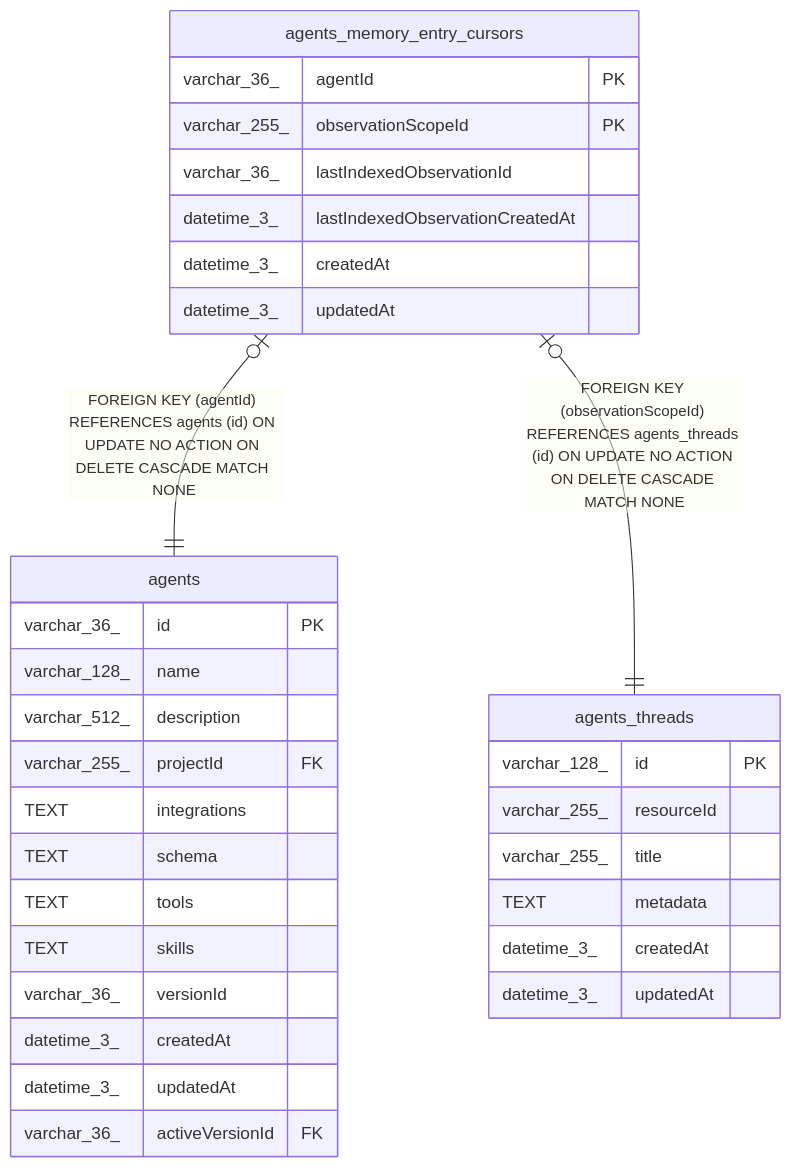
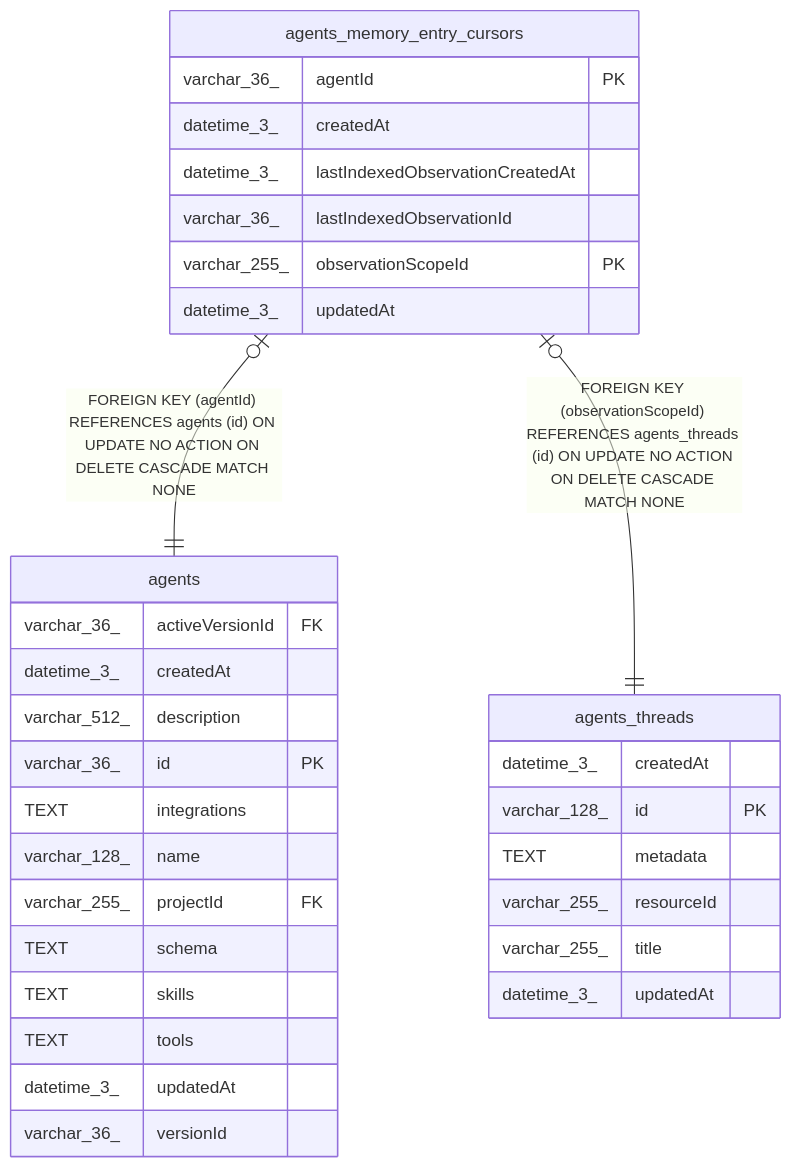
One commit to mayankjain1815-commits/n8n changed the diagram in docs/generated/sqlite-schema/agents_memory_entry_cursors.md. Above: the diagram before and after it, drawn with Mermaid. The commit also changed other lines of this file and 221 other files, not shown here.

Commit message:
chore(core): Make DB schema docs generation deterministic (#32373)

````diff
--- a/docs/generated/sqlite-schema/agents_memory_entry_cursors.md
+++ b/docs/generated/sqlite-schema/agents_memory_entry_cursors.md
@@ -44,37 +44,37 @@
 ```mermaid
 erDiagram
 
 "agents_memory_entry_cursors" |o--|| "agents" : "FOREIGN KEY (agentId) REFERENCES agents (id) ON UPDATE NO ACTION ON DELETE CASCADE MATCH NONE"
 "agents_memory_entry_cursors" |o--|| "agents_threads" : "FOREIGN KEY (observationScopeId) REFERENCES agents_threads (id) ON UPDATE NO ACTION ON DELETE CASCADE MATCH NONE"
 
 "agents_memory_entry_cursors" {
   varchar_36_ agentId PK
+  datetime_3_ createdAt
+  datetime_3_ lastIndexedObservationCreatedAt
+  varchar_36_ lastIndexedObservationId
   varchar_255_ observationScopeId PK
-  varchar_36_ lastIndexedObservationId
-  datetime_3_ lastIndexedObservationCreatedAt
-  datetime_3_ createdAt
   datetime_3_ updatedAt
 }
 "agents" {
+  varchar_36_ activeVersionId FK
+  datetime_3_ createdAt
+  varchar_512_ description
   varchar_36_ id PK
+  TEXT integrations
   varchar_128_ name
-  varchar_512_ description
   varchar_255_ projectId FK
-  TEXT integrations
   TEXT schema
+  TEXT skills
   TEXT tools
-  TEXT skills
+  datetime_3_ updatedAt
   varchar_36_ versionId
-  datetime_3_ createdAt
-  datetime_3_ updatedAt
-  varchar_36_ activeVersionId FK
 }
 "agents_threads" {
+  datetime_3_ createdAt
   varchar_128_ id PK
+  TEXT metadata
   varchar_255_ resourceId
   varchar_255_ title
-  TEXT metadata
-  datetime_3_ createdAt
   datetime_3_ updatedAt
 }
 ```
````
